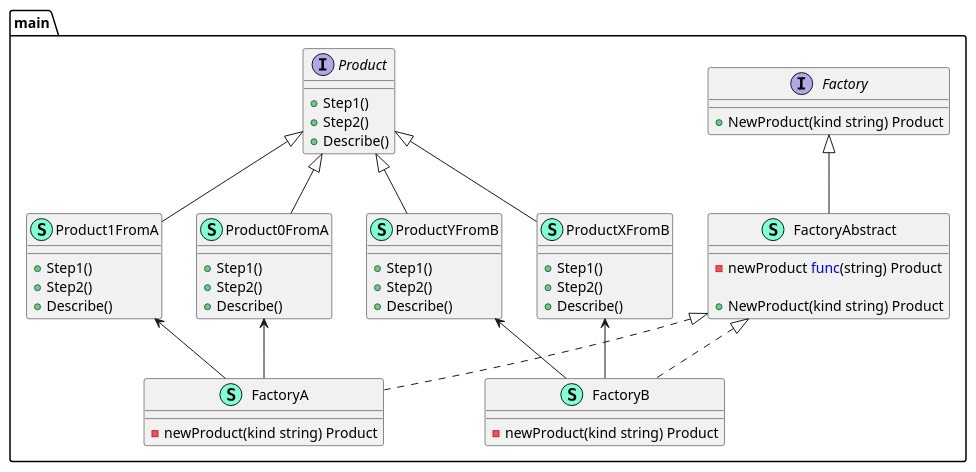
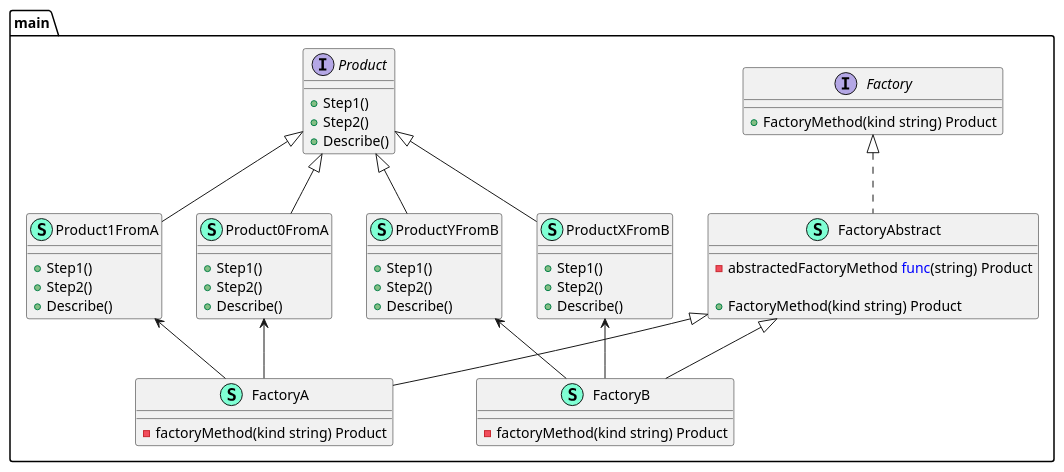
One commit to sonientaegi/design-pattern-with-go changed the diagram in factory_method/factory_method.puml. Above: the diagram before and after it, drawn with PlantUML. The commit also changed 53 other files, not shown here.

```diff
--- a/factory_method/factory_method.puml
+++ b/factory_method/factory_method.puml
@@ -1,66 +1,67 @@
 @startuml
 namespace main {
     interface Factory  {
-        + NewProduct(kind string) Product
+        + FactoryMethod(kind string) Product
 
     }
     class FactoryA << (S,Aquamarine) >> {
-        - newProduct(kind string) Product
+        - factoryMethod(kind string) Product
 
     }
     class FactoryAbstract << (S,Aquamarine) >> {
-        - newProduct <font color=blue>func</font>(string) Product
+        - abstractedFactoryMethod <font color=blue>func</font>(string) Product
 
-        + NewProduct(kind string) Product
+        + FactoryMethod(kind string) Product
 
     }
     class FactoryB << (S,Aquamarine) >> {
-        - newProduct(kind string) Product
+        - factoryMethod(kind string) Product
 
     }
     interface Product  {
         + Step1() 
         + Step2() 
         + Describe() 
 
     }
     class Product0FromA << (S,Aquamarine) >> {
         + Step1() 
         + Step2() 
         + Describe() 
 
     }
     class Product1FromA << (S,Aquamarine) >> {
         + Step1() 
         + Step2() 
         + Describe() 
 
     }
     class ProductXFromB << (S,Aquamarine) >> {
         + Step1() 
         + Step2() 
         + Describe() 
 
     }
     class ProductYFromB << (S,Aquamarine) >> {
         + Step1() 
         + Step2() 
         + Describe() 
 
     }
 }
 
-"main.FactoryAbstract" <|.. "main.FactoryA"
-"main.FactoryAbstract" <|.. "main.FactoryB"
+"main.Factory" <|.. "main.FactoryAbstract"
+"main.FactoryAbstract" <|-- "main.FactoryA"
+"main.FactoryAbstract" <|-- "main.FactoryB"
 
-"main.Factory" <|-- "main.FactoryAbstract"
+
 "main.Product" <|-- "main.Product0FromA"
 "main.Product" <|-- "main.Product1FromA"
 "main.Product" <|-- "main.ProductXFromB"
 "main.Product" <|-- "main.ProductYFromB"
 
 "main.Product0FromA" <-- "main.FactoryA"
 "main.Product1FromA" <-- "main.FactoryA"
 "main.ProductXFromB" <-- "main.FactoryB"
 "main.ProductYFromB" <-- "main.FactoryB"
 @enduml
```
